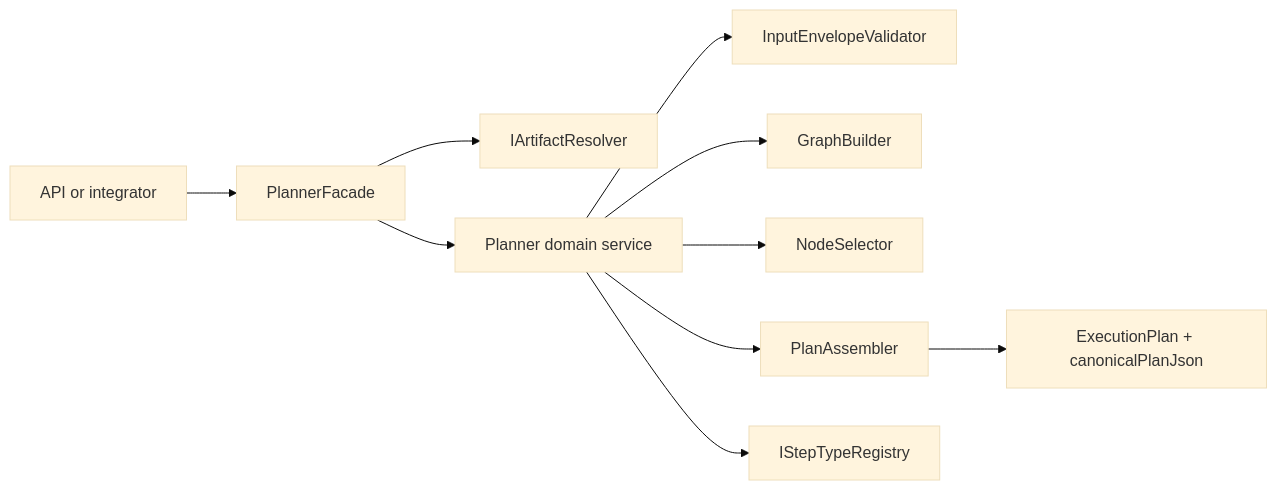
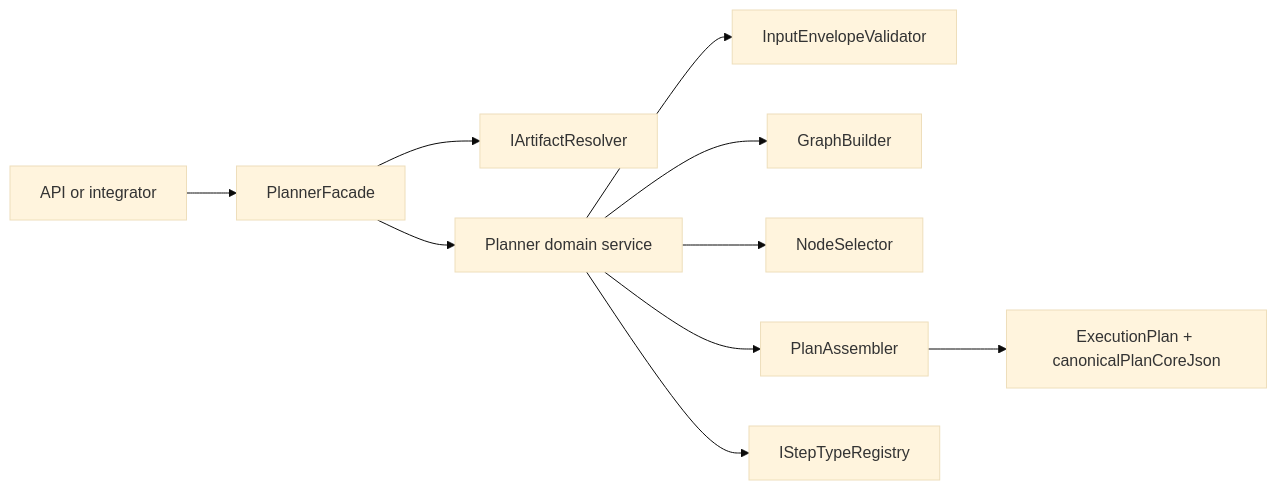
Before and after one commit to dunay2/dvt: the diagram in docs/architecture/components/planner/index.md, drawn with Mermaid (base theme). The commit also changed 31 other files, not shown here.

Commit message:
refactor(contracts): Separate plan-core JSON from persisted plan JSON

````diff
--- a/docs/architecture/components/planner/index.md
+++ b/docs/architecture/components/planner/index.md
@@ -45,12 +45,12 @@
 ```mermaid
 flowchart LR
   Caller["API or integrator"] --> Facade["PlannerFacade"]
   Facade --> Resolver["IArtifactResolver"]
   Facade --> Planner["Planner domain service"]
   Planner --> Validator["InputEnvelopeValidator"]
   Planner --> Graph["GraphBuilder"]
   Planner --> Selector["NodeSelector"]
   Planner --> Assembler["PlanAssembler"]
   Planner --> Registry["IStepTypeRegistry"]
-  Assembler --> Plan["ExecutionPlan + canonicalPlanJson"]
+  Assembler --> Plan["ExecutionPlan + canonicalPlanCoreJson"]
 ```
````
